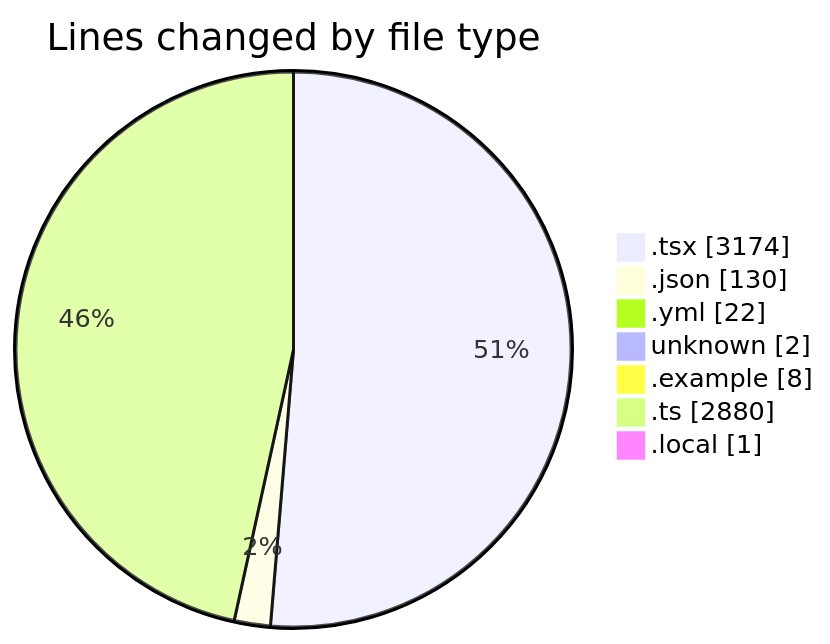
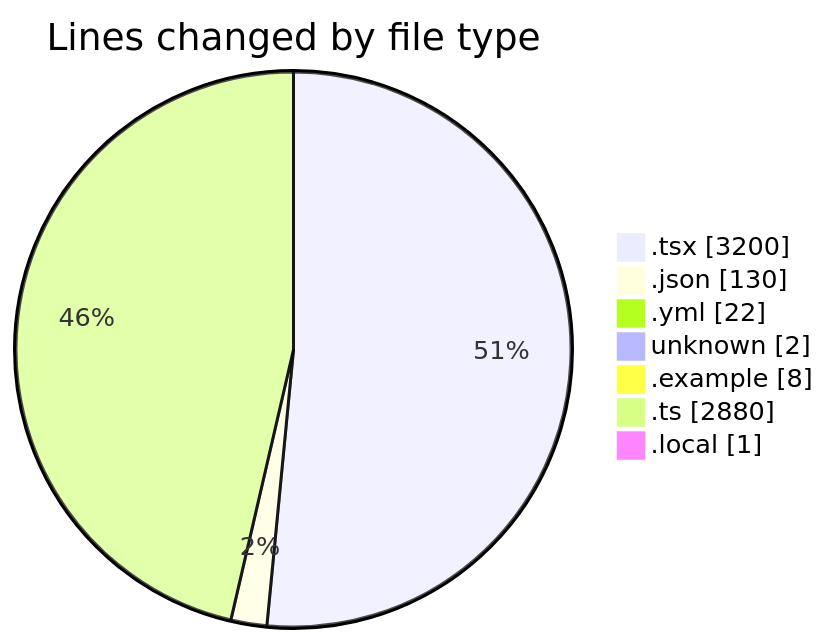
The first of 2 diagrams in 2025-11-21/eventscop-frontend-guide__workspace_/README.md (julien-gomy/code-tracking), drawn with Mermaid before and after one commit. The commit also changed other lines of this file and 1 other file, not shown here.

````diff
--- a/2025-11-21/eventscop-frontend-guide__workspace_/README.md
+++ b/2025-11-21/eventscop-frontend-guide__workspace_/README.md
@@ -61,11 +61,11 @@
 ```mermaid
 pie showData
 title Lines changed by file type
-".tsx" : 3174
+".tsx" : 3200
 ".json" : 130
 ".yml" : 22
 "unknown" : 2
 ".example" : 8
 ".ts" : 2880
 ".local" : 1
 ```
````
